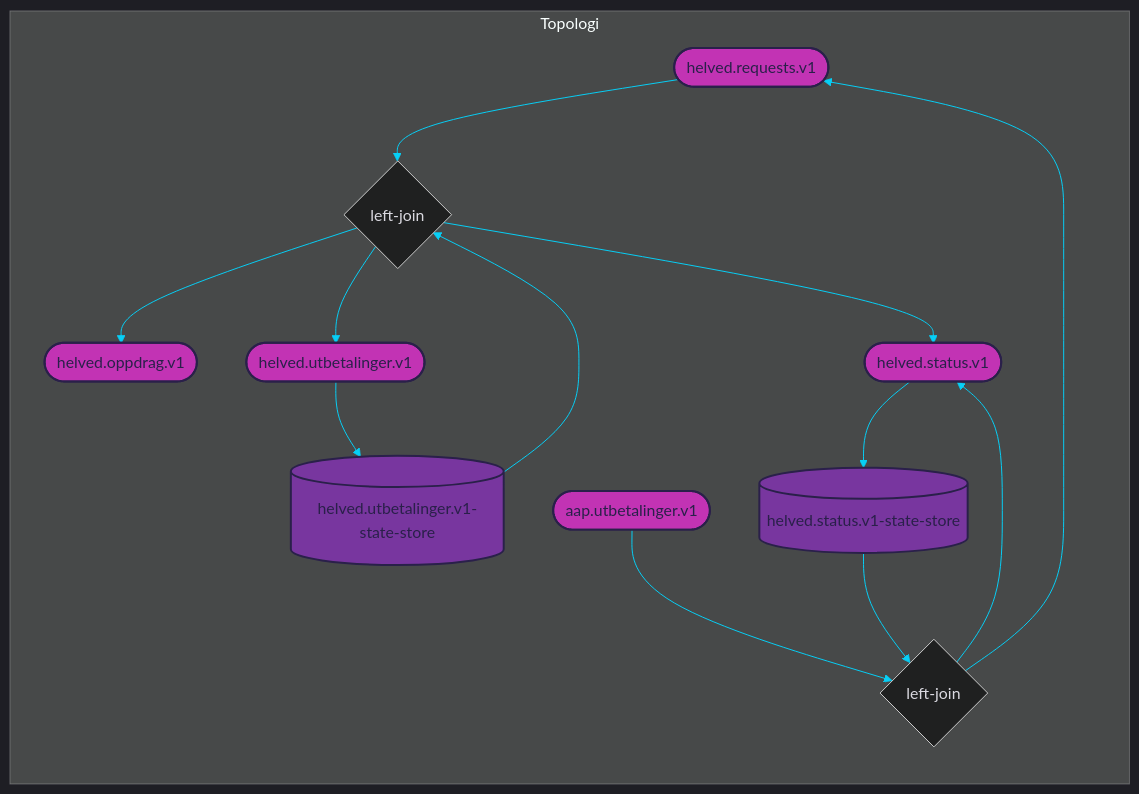
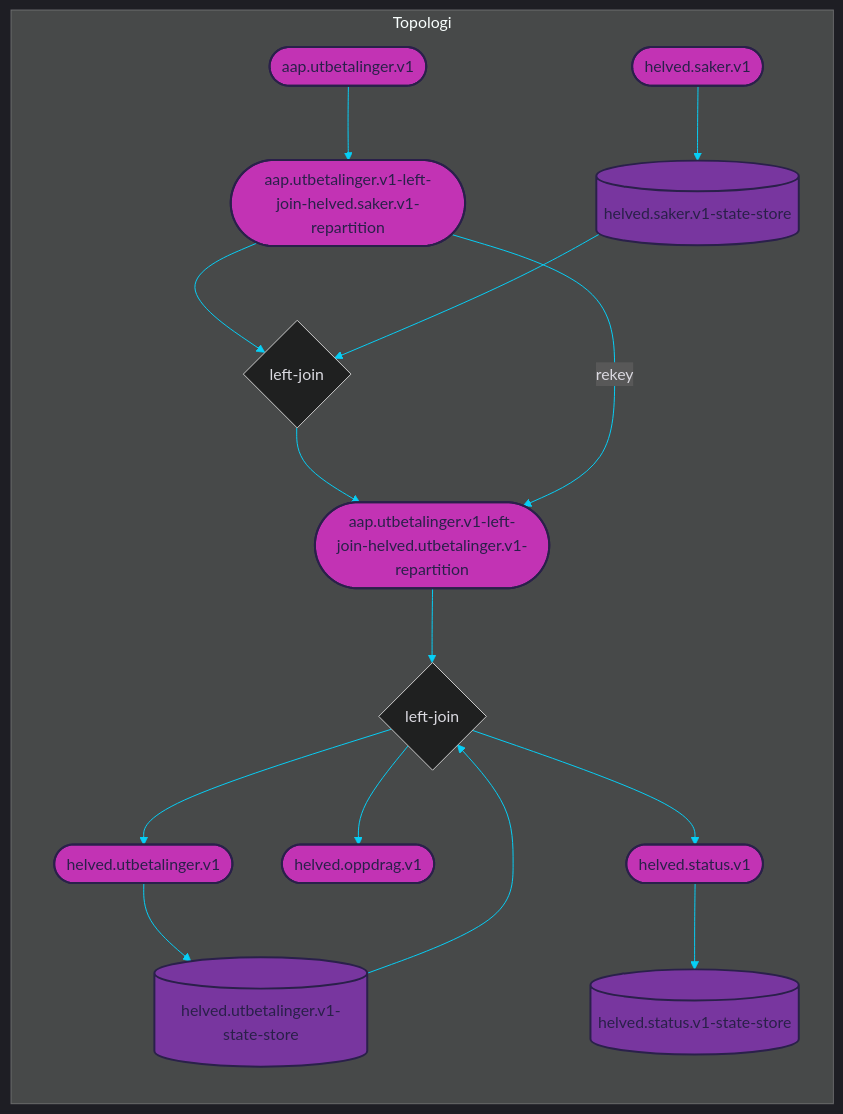
Before and after one commit to navikt/helved-utbetaling: the diagram in dokumentasjon/topology.mmd, drawn with Mermaid. The commit also changed 12 other files, not shown here.

```diff
--- a/dokumentasjon/topology.mmd
+++ b/dokumentasjon/topology.mmd
@@ -1,77 +1,83 @@
 
 %%{init: {'theme': 'dark', 'themeVariables': { 'primaryColor': '#07cff6', 'textColor': '#dad9e0', 'lineColor': '#07cff6'}}}%%
 
 graph LR
 
 subgraph Topologi
     %% TOPICS
-    helved.requests.v1([helved.requests.v1])
+    aap.utbetalinger.v1-left-join-helved.utbetalinger.v1-repartition([aap.utbetalinger.v1-left-join-helved.utbetalinger.v1-repartition])
 	helved.utbetalinger.v1([helved.utbetalinger.v1])
 	helved.oppdrag.v1([helved.oppdrag.v1])
 	helved.status.v1([helved.status.v1])
+	aap.utbetalinger.v1-left-join-helved.saker.v1-repartition([aap.utbetalinger.v1-left-join-helved.saker.v1-repartition])
+	helved.saker.v1([helved.saker.v1])
 	aap.utbetalinger.v1([aap.utbetalinger.v1])
 
     %% JOINS
-    helved.requests.v1-left-join-helved.utbetalinger.v1{left-join}
-	aap.utbetalinger.v1-left-join-helved.status.v1{left-join}
+    aap.utbetalinger.v1-left-join-helved.utbetalinger.v1{left-join}
+	aap.utbetalinger.v1-left-join-helved.saker.v1{left-join}
 
     %% STATE PROCESSORS
     
     
     %% STATE STORES
     helved.utbetalinger.v1-state-store[(helved.utbetalinger.v1-state-store)]
 	helved.status.v1-state-store[(helved.status.v1-state-store)]
+	helved.saker.v1-state-store[(helved.saker.v1-state-store)]
     
     %% DATABASES
     
     
 
     %% PROCESSOR API JOBS
     
     
     %% JOIN STREAMS
-    helved.requests.v1 --> helved.requests.v1-left-join-helved.utbetalinger.v1
-	helved.utbetalinger.v1-state-store --> helved.requests.v1-left-join-helved.utbetalinger.v1
-	helved.requests.v1-left-join-helved.utbetalinger.v1 --> helved.oppdrag.v1
-	helved.requests.v1-left-join-helved.utbetalinger.v1 --> helved.utbetalinger.v1
-	helved.requests.v1-left-join-helved.utbetalinger.v1 --> helved.status.v1
-	aap.utbetalinger.v1 --> aap.utbetalinger.v1-left-join-helved.status.v1
-	helved.status.v1-state-store --> aap.utbetalinger.v1-left-join-helved.status.v1
-	aap.utbetalinger.v1-left-join-helved.status.v1 --> helved.status.v1
-	aap.utbetalinger.v1-left-join-helved.status.v1 --> helved.requests.v1
+    aap.utbetalinger.v1-left-join-helved.utbetalinger.v1-repartition --> aap.utbetalinger.v1-left-join-helved.utbetalinger.v1
+	helved.utbetalinger.v1-state-store --> aap.utbetalinger.v1-left-join-helved.utbetalinger.v1
+	aap.utbetalinger.v1-left-join-helved.utbetalinger.v1 --> helved.utbetalinger.v1
+	aap.utbetalinger.v1-left-join-helved.utbetalinger.v1 --> helved.oppdrag.v1
+	aap.utbetalinger.v1-left-join-helved.utbetalinger.v1 --> helved.status.v1
+	aap.utbetalinger.v1-left-join-helved.saker.v1-repartition --> aap.utbetalinger.v1-left-join-helved.saker.v1
+	helved.saker.v1-state-store --> aap.utbetalinger.v1-left-join-helved.saker.v1
+	aap.utbetalinger.v1-left-join-helved.saker.v1 --> aap.utbetalinger.v1-left-join-helved.utbetalinger.v1-repartition
 
     %% TABLE STREAMS
     helved.utbetalinger.v1 --> helved.utbetalinger.v1-state-store
 	helved.status.v1 --> helved.status.v1-state-store
+	helved.saker.v1 --> helved.saker.v1-state-store
 
     %% JOB STREAMS
     
     
     %% BRANCH STREAMS
     
 
     %% REPARTITION STREAMS
-    
+    aap.utbetalinger.v1-left-join-helved.saker.v1-repartition --> |rekey| aap.utbetalinger.v1-left-join-helved.utbetalinger.v1-repartition
     
     %% BASIC STREAMS
-    
+    aap.utbetalinger.v1 --> aap.utbetalinger.v1-left-join-helved.saker.v1-repartition
     
     %% CUSTOM PROCESS STREAMS
     
 end
 
 %% COLORS
 %% light    #dad9e0
 %% purple   #78369f
 %% pink     #c233b4
 %% dark     #2a204a
 %% blue     #07cff6
 
 %% STYLES
-style helved.requests.v1 fill:#c233b4, stroke:#2a204a, stroke-width:2px, color:#2a204a
+style aap.utbetalinger.v1-left-join-helved.utbetalinger.v1-repartition fill:#c233b4, stroke:#2a204a, stroke-width:2px, color:#2a204a
 style helved.utbetalinger.v1 fill:#c233b4, stroke:#2a204a, stroke-width:2px, color:#2a204a
 style helved.oppdrag.v1 fill:#c233b4, stroke:#2a204a, stroke-width:2px, color:#2a204a
 style helved.status.v1 fill:#c233b4, stroke:#2a204a, stroke-width:2px, color:#2a204a
+style aap.utbetalinger.v1-left-join-helved.saker.v1-repartition fill:#c233b4, stroke:#2a204a, stroke-width:2px, color:#2a204a
+style helved.saker.v1 fill:#c233b4, stroke:#2a204a, stroke-width:2px, color:#2a204a
 style aap.utbetalinger.v1 fill:#c233b4, stroke:#2a204a, stroke-width:2px, color:#2a204a
 style helved.utbetalinger.v1-state-store fill:#78369f, stroke:#2a204a, stroke-width:2px, color:#2a204a
 style helved.status.v1-state-store fill:#78369f, stroke:#2a204a, stroke-width:2px, color:#2a204a
+style helved.saker.v1-state-store fill:#78369f, stroke:#2a204a, stroke-width:2px, color:#2a204a
```
